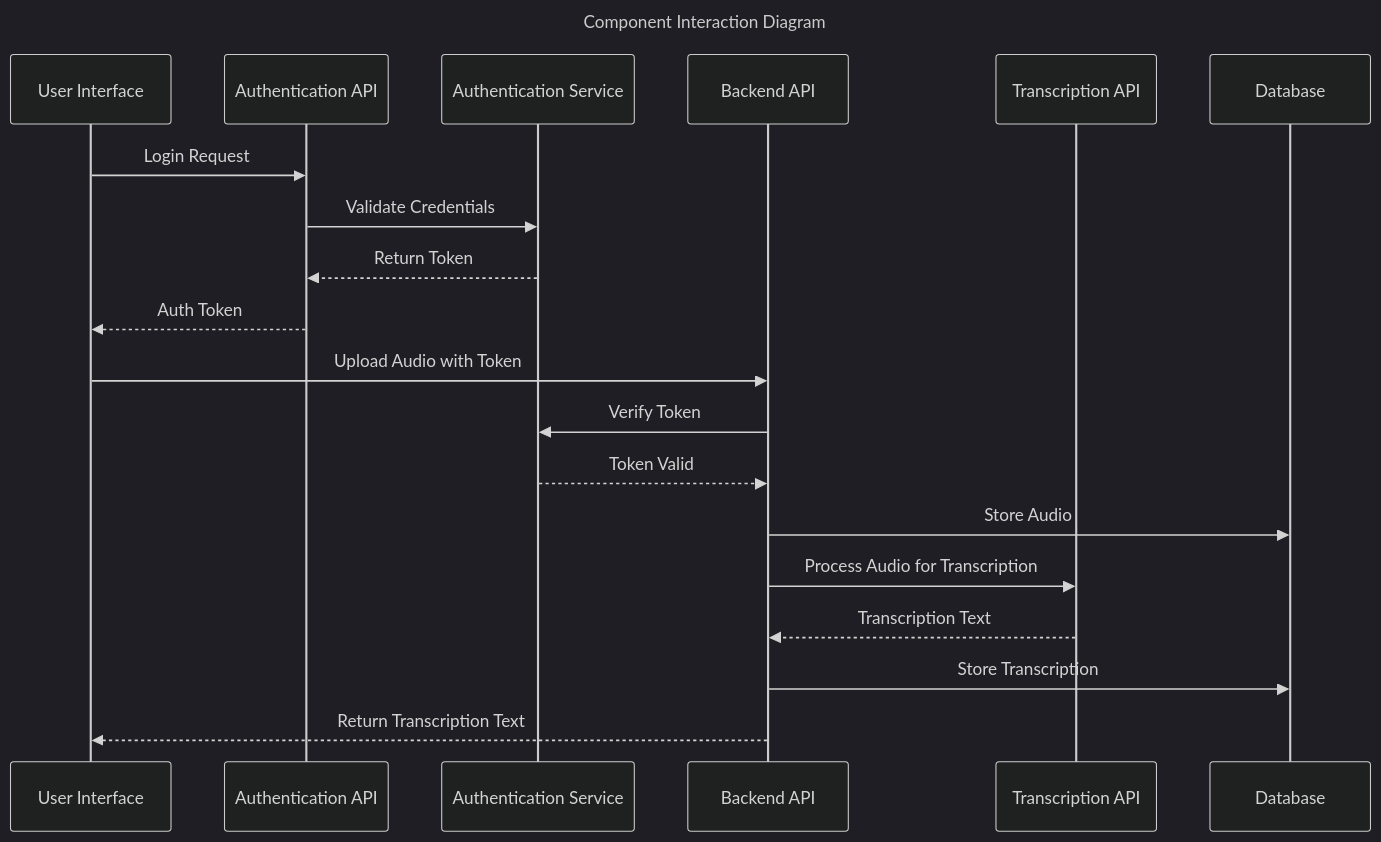
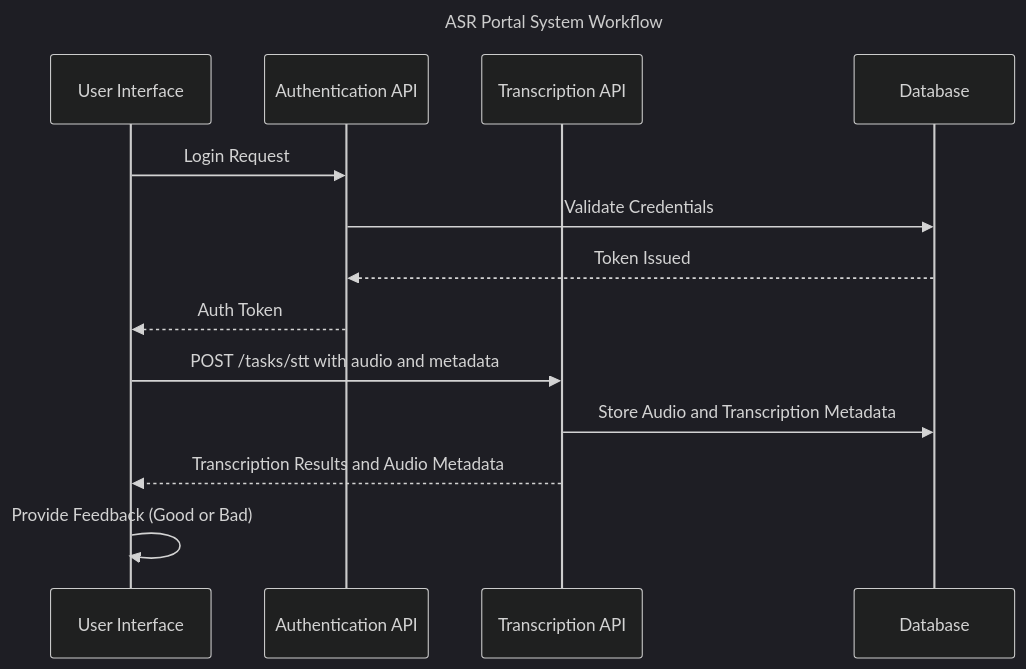
Before and after one commit to SunbirdAI/sunbird-docs: the diagram in docs/06-design-docs/frontend portals/ASR-portal/TDD.md, drawn with Mermaid (dark theme). The commit also changed other lines of this file and 4 other files, not shown here.

Commit message:
updating documentation for ASR react  portal

````diff
--- a/docs/06-design-docs/frontend portals/ASR-portal/TDD.md
+++ b/docs/06-design-docs/frontend portals/ASR-portal/TDD.md
@@ -31,27 +34,19 @@
-   ```mermaid
-   sequenceDiagram
-    title Component Interaction Diagram
+```mermaid
+sequenceDiagram
+  title ASR Portal System Workflow
 
-    participant UI as User Interface
-    participant AuthAPI as Authentication API
-    participant AuthService as Authentication Service
-    participant Backend as Backend API
-    participant TranscriptionAPI as Transcription API
-    participant DB as Database
+  participant User as User Interface
+  participant AuthAPI as Authentication API
+  participant TranscriptionAPI as Transcription API
+  participant DB as Database
 
-    %% Authentication Process
-    UI->>AuthAPI: Login Request
-    AuthAPI->>AuthService: Validate Credentials
-    AuthService-->>AuthAPI: Return Token
-    AuthAPI-->>UI: Auth Token
+  User->>AuthAPI: Login Request
+  AuthAPI->>DB: Validate Credentials
+  DB-->>AuthAPI: Token Issued
+  AuthAPI-->>User: Auth Token
 
-    %% Audio Upload and Transcription
-    UI->>Backend: Upload Audio with Token
-    Backend->>AuthService: Verify Token
-    AuthService-->>Backend: Token Valid
-    Backend->>DB: Store Audio
-    Backend->>TranscriptionAPI: Process Audio for Transcription
-    TranscriptionAPI-->>Backend: Transcription Text
-    Backend->>DB: Store Transcription
-    Backend-->>UI: Return Transcription Text
-   ```
+  User->>TranscriptionAPI: POST /tasks/stt with audio and metadata
+  TranscriptionAPI->>DB: Store Audio and Transcription Metadata
+  TranscriptionAPI-->>User: Transcription Results and Audio Metadata
+  User->>User: Provide Feedback (Good or Bad)
+```
````
